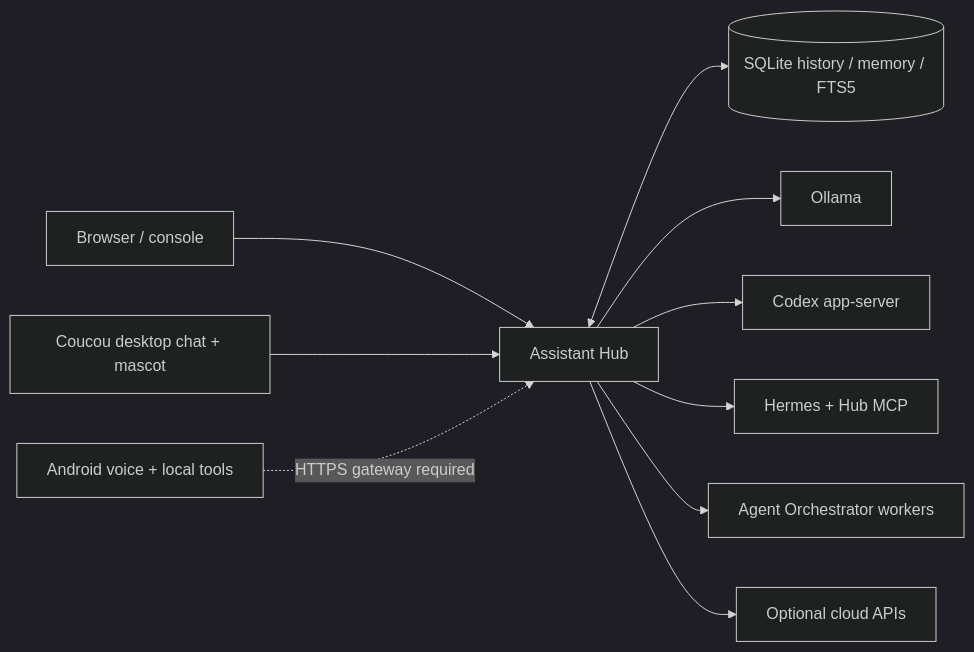
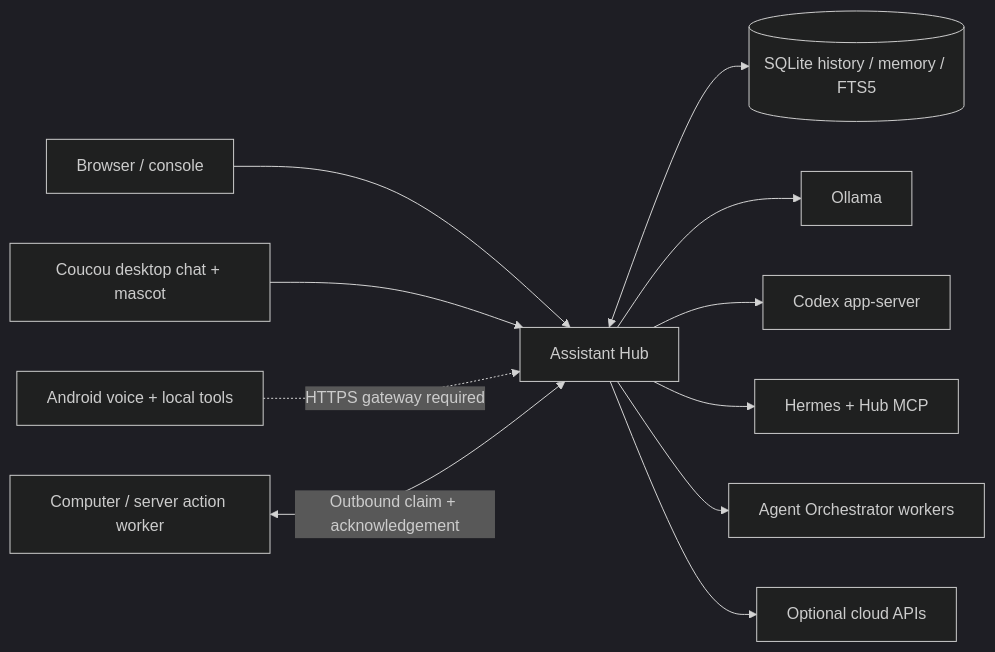
Before and after one commit to weisscorp/assistant-hub: the diagram in README.md, drawn with Mermaid (dark theme). The commit also changed other lines of this file and 19 other files, not shown here.

````diff
--- a/README.md
+++ b/README.md
@@ -9,12 +9,13 @@
 ```mermaid
 flowchart LR
     UI[Browser / console] --> Hub[Assistant Hub]
     Coucou[Coucou desktop chat + mascot] --> Hub
     Android[Android voice + local tools] -. HTTPS gateway required .-> Hub
     Hub <--> Store[(SQLite history / memory / FTS5)]
     Hub --> Ollama[Ollama]
     Hub --> Codex[Codex app-server]
     Hub --> Hermes[Hermes + Hub MCP]
     Hub --> AO[Agent Orchestrator workers]
     Hub --> Cloud[Optional cloud APIs]
+    Node[Computer / server action worker] <-->|Outbound claim + acknowledgement| Hub
 ```
````
